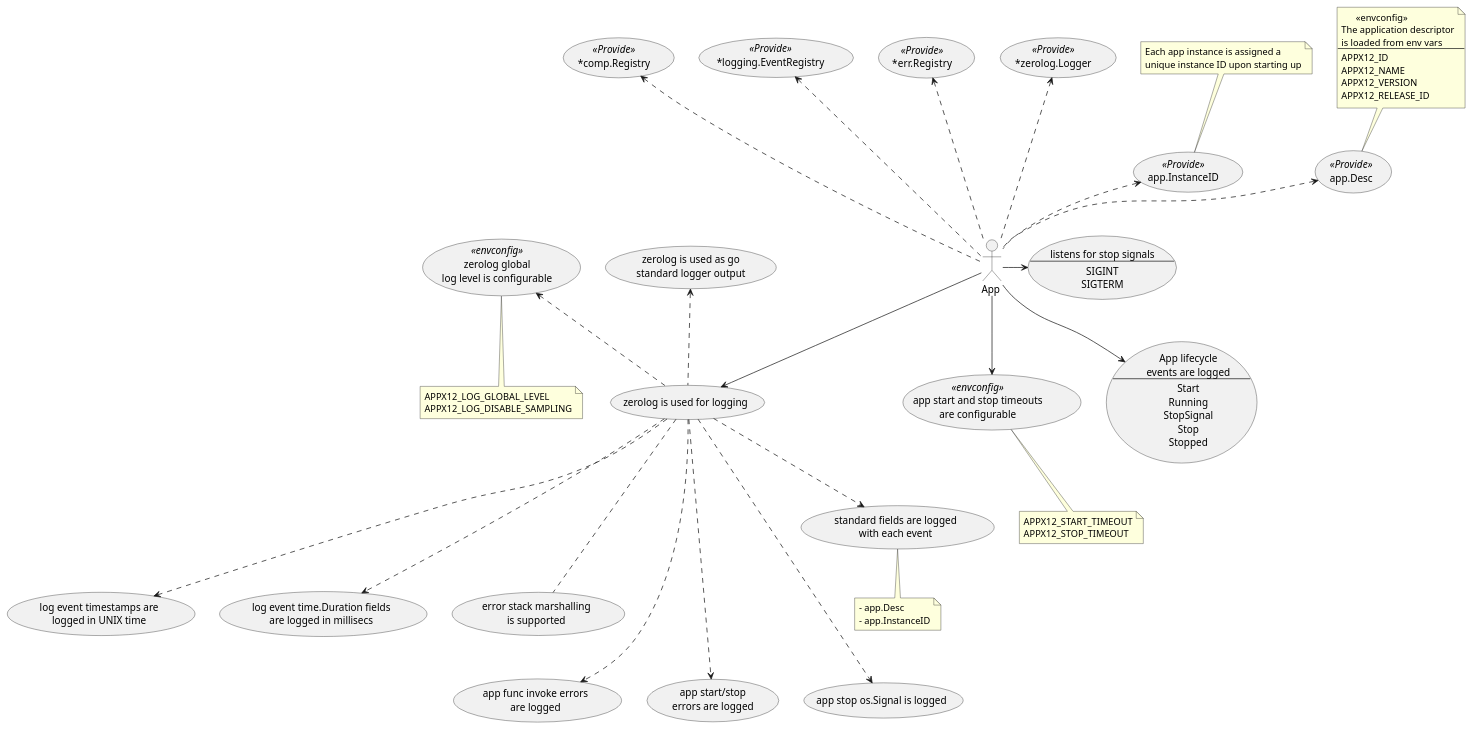
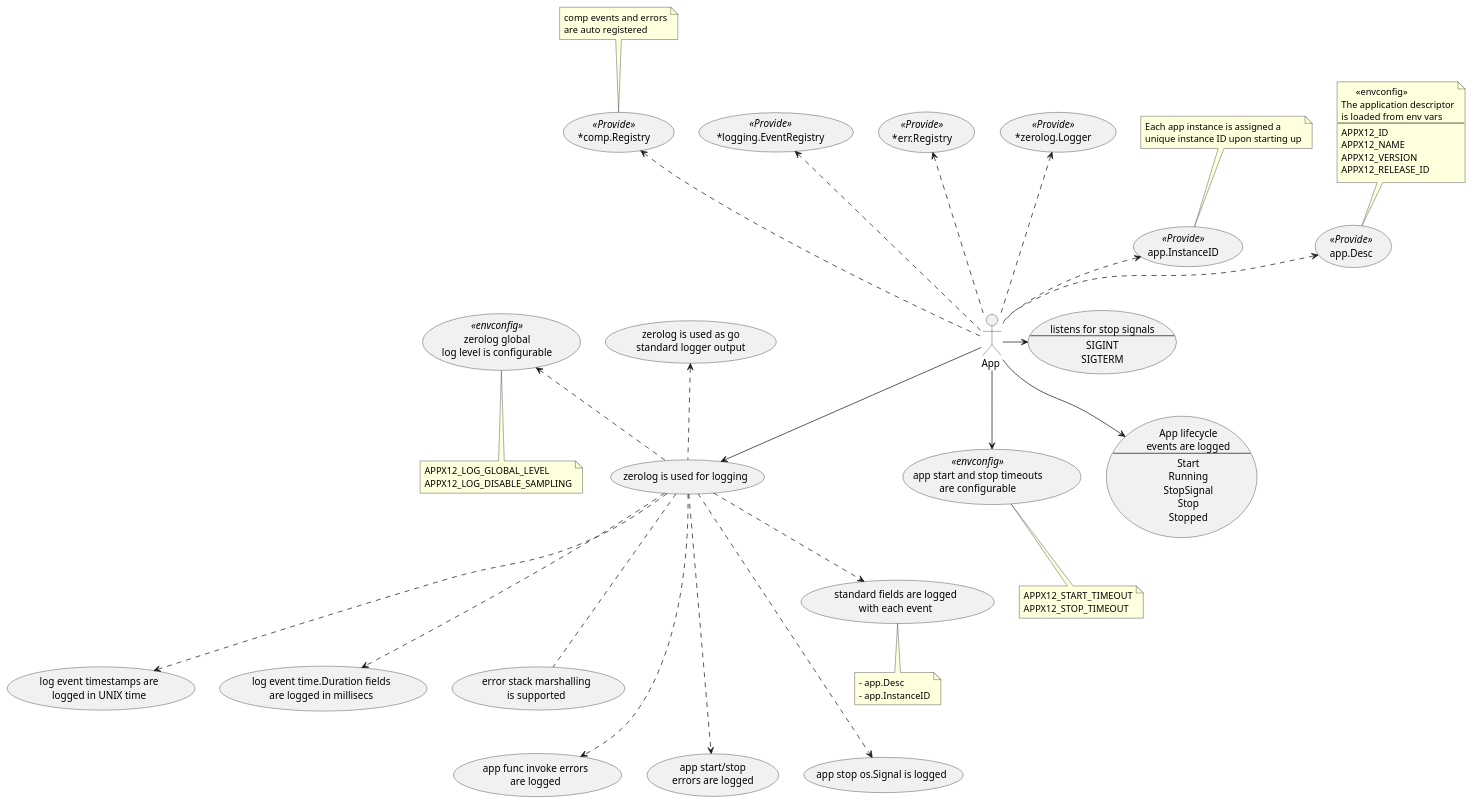
The diagram in pkg/app/fx/usecases.puml (oysterpack/andiamo), drawn with PlantUML before and after one commit. The commit also changed 9 other files, not shown here.

```diff
--- a/pkg/app/fx/usecases.puml
+++ b/pkg/app/fx/usecases.puml
@@ -1,120 +1,126 @@
 @startuml
 skinparam usecase {
 	BackgroundColor<< NEW >> DarkSeaGreen
 	BorderColor<< NEW >> YellowGreen
 }
 
 actor :App : as APP
 
 usecase APP_TIMEOUTS << envconfig >> as "app start and stop timeouts
 are configurable"
 
 note bottom of APP_TIMEOUTS {
 APPX12_START_TIMEOUT
 APPX12_STOP_TIMEOUT
 }
 
 usecase APP_LOGGING as "zerolog is used for logging"
 usecase ZEROLOG_CONFIG << envconfig >> as "
 zerolog global
 log level is configurable"
 
 note bottom of ZEROLOG_CONFIG {
 APPX12_LOG_GLOBAL_LEVEL
 APPX12_LOG_DISABLE_SAMPLING
 }
 
 usecase LOG_APP_DESC as "standard fields are logged
 with each event"
 
 note bottom of LOG_APP_DESC {
 - app.Desc
 - app.InstanceID
 }
 
 usecase LOG_TIMESTAMP as "log event timestamps are
 logged in UNIX time"
 
 usecase LOG_DURATION as "log event time.Duration fields
 are logged in millisecs"
 
 usecase LOG_ERROR_STACK_MARSHALLER as "error stack marshalling
 is supported"
 
 usecase GO_LOGGING as "zerolog is used as go
 standard logger output"
 
 usecase PROVIDE_APP_DESC << Provide >> as "app.Desc"
 
 note top of PROVIDE_APP_DESC {
       <<envconfig>>
 The application descriptor
 is loaded from env vars
 ---
 APPX12_ID
 APPX12_NAME
 APPX12_VERSION
 APPX12_RELEASE_ID
 }
 
 usecase PROVIDE_APP_INSTANCE_ID << Provide >> as "app.InstanceID"
 
 note top of PROVIDE_APP_INSTANCE_ID  {
 Each app instance is assigned a
 unique instance ID upon starting up
 }
 
 usecase PROVIDE_LOGGER << Provide >> as "*zerolog.Logger"
 usecase PROVIDE_ERR_REGISTRY << Provide >> as "*err.Registry"
 usecase PROVIDE_EVENT_REGISTRY << Provide >> as "*logging.EventRegistry"
 usecase PROVIDE_COMP_REGISTRY << Provide >> as "*comp.Registry"
 
+note as COMP_REGISTRY_NOTES
+comp events and errors
+are auto registered
+end note
+
+COMP_REGISTRY_NOTES ..> PROVIDE_COMP_REGISTRY
 
 APP .up.> PROVIDE_APP_DESC
 APP .up.> PROVIDE_APP_INSTANCE_ID
 APP .up..> PROVIDE_LOGGER
 APP .up..> PROVIDE_ERR_REGISTRY
 APP .up..> PROVIDE_EVENT_REGISTRY
 APP .up..> PROVIDE_COMP_REGISTRY
 
 usecase LOG_APP_LIFECYCLE_EVENTS as "App lifecycle
 events are logged
 ---
 Start
 Running
 StopSignal
 Stop
 Stopped"
 
 usecase LOG_APP_INVOKE_ERRORS as "app func invoke errors
 are logged"
 
 usecase LOG_APP_START_STOP_ERRORS as "app start/stop
 errors are logged"
 
 usecase LOG_STOP_SIGNAL_EVENT as "app stop os.Signal is logged"
 
 usecase APP_STOP_SIGNALS as "listens for stop signals
 ---
 SIGINT
 SIGTERM
 "
 
 APP_LOGGING .up.> GO_LOGGING
 APP_LOGGING .up.> ZEROLOG_CONFIG
 APP_LOGGING ..> LOG_APP_DESC
 APP_LOGGING ...> LOG_TIMESTAMP
 APP_LOGGING ...> LOG_DURATION
 APP_LOGGING ....> LOG_APP_INVOKE_ERRORS
 APP_LOGGING ....> LOG_APP_START_STOP_ERRORS
 APP_LOGGING ....> LOG_STOP_SIGNAL_EVENT
 APP_LOGGING ... LOG_ERROR_STACK_MARSHALLER
 
 
 APP --> APP_TIMEOUTS
 APP --> APP_LOGGING
 
 APP --> LOG_APP_LIFECYCLE_EVENTS
 APP -> APP_STOP_SIGNALS
 
 @enduml
```
